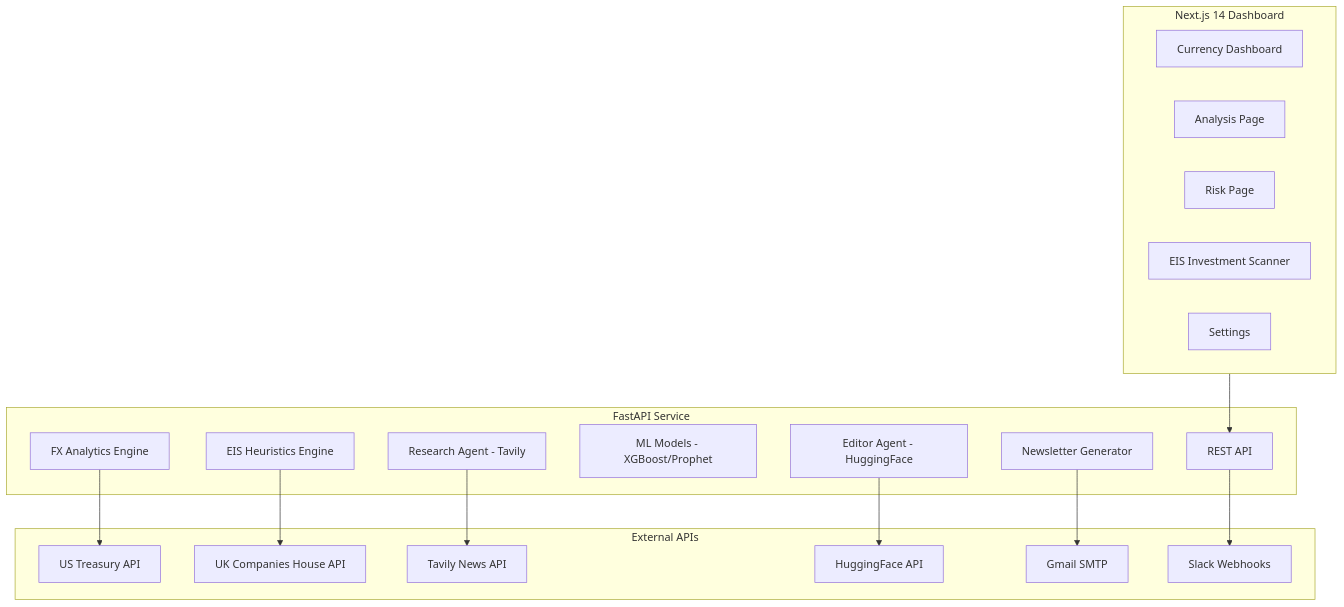
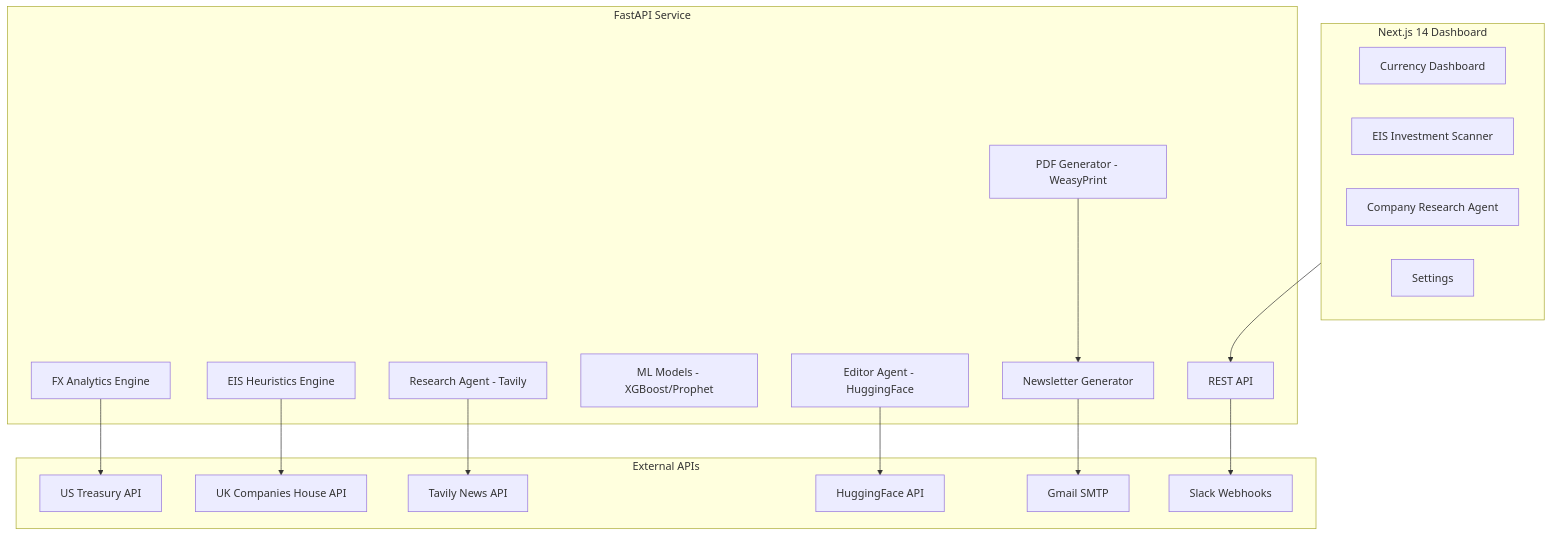
The diagram in PROJECT_REPORT.md (nagasriramnani/Currency-Intelligence-Platform-V2), drawn with Mermaid before and after one commit. The commit also changed other lines of this file and 4 other files, not shown here.

````diff
--- a/PROJECT_REPORT.md
+++ b/PROJECT_REPORT.md
@@ -19,37 +42,38 @@
 ```mermaid
 graph TD
     subgraph Frontend["Next.js 14 Dashboard"]
         Dashboard[Currency Dashboard]
-        Analysis[Analysis Page]
-        Risk[Risk Page]
         EIS[EIS Investment Scanner]
+        Research[Company Research Agent]
         Settings[Settings]
     end
 
     subgraph Backend["FastAPI Service"]
         API[REST API]
         Analytics[FX Analytics Engine]
         EISEngine[EIS Heuristics Engine]
         ML[ML Models - XGBoost/Prophet]
-        Research[Research Agent - Tavily]
+        ResearchAgent[Research Agent - Tavily]
         Editor[Editor Agent - HuggingFace]
         Newsletter[Newsletter Generator]
+        PDF[PDF Generator - WeasyPrint]
     end
 
     subgraph External["External APIs"]
         Treasury[US Treasury API]
         CompaniesHouse[UK Companies House API]
         Tavily[Tavily News API]
         HuggingFace[HuggingFace API]
         Gmail[Gmail SMTP]
         Slack[Slack Webhooks]
     end
 
     Frontend --> API
     Analytics --> Treasury
     EISEngine --> CompaniesHouse
-    Research --> Tavily
+    ResearchAgent --> Tavily
     Editor --> HuggingFace
     Newsletter --> Gmail
+    PDF --> Newsletter
     API --> Slack
 ```
````
